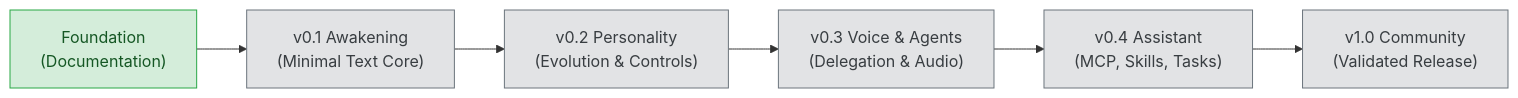
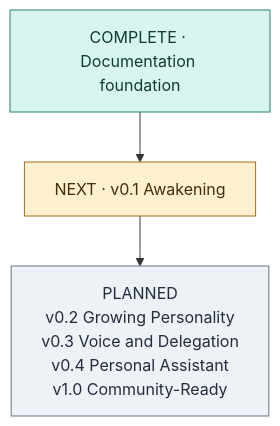
Before and after one commit to nsusheel/Bunny.ai: the second of 2 diagrams in README.md, drawn with Mermaid. The commit also changed other lines of this file and 5 other files, not shown here.

Commit message:
docs: improve architecture visualisation and progressive disclosure (#3)

````diff
--- a/README.md
+++ b/README.md
@@ -296,13 +53,15 @@
 ```mermaid
-flowchart LR
-    M0["Foundation\n(Documentation)"] --> M1["v0.1 Awakening\n(Minimal Text Core)"]
-    M1 --> M2["v0.2 Personality\n(Evolution & Controls)"]
-    M2 --> M3["v0.3 Voice & Agents\n(Delegation & Audio)"]
-    M3 --> M4["v0.4 Assistant\n(MCP, Skills, Tasks)"]
-    M4 --> M5["v1.0 Community\n(Validated Release)"]
-
-    classDef completed fill:#d4edda,stroke:#28a745,color:#155724;
-    classDef planned fill:#e2e3e5,stroke:#6c757d,color:#383d41;
-    class M0 completed;
-    class M1,M2,M3,M4,M5 planned;
+flowchart TB
+    accTitle: Bunny development roadmap
+    accDescr: The documentation foundation is complete. Version 0.1 Awakening is next. Growing Personality, Voice and Delegation, Personal Assistant and Community-Ready are future milestones.
+    Done["COMPLETE · Documentation foundation"]
+    Next["NEXT · v0.1 Awakening"]
+    Future["PLANNED<br/>v0.2 Growing Personality<br/>v0.3 Voice and Delegation<br/>v0.4 Personal Assistant<br/>v1.0 Community-Ready"]
+    Done --> Next --> Future
+    classDef state fill:#d9f5ef,stroke:#268171,color:#103a34
+    classDef gate fill:#fff0cf,stroke:#9d701d,color:#462d0a
+    classDef neutral fill:#eef1f5,stroke:#67768a,color:#222d3d
+    class Done state
+    class Next gate
+    class Future neutral
 ```
````
